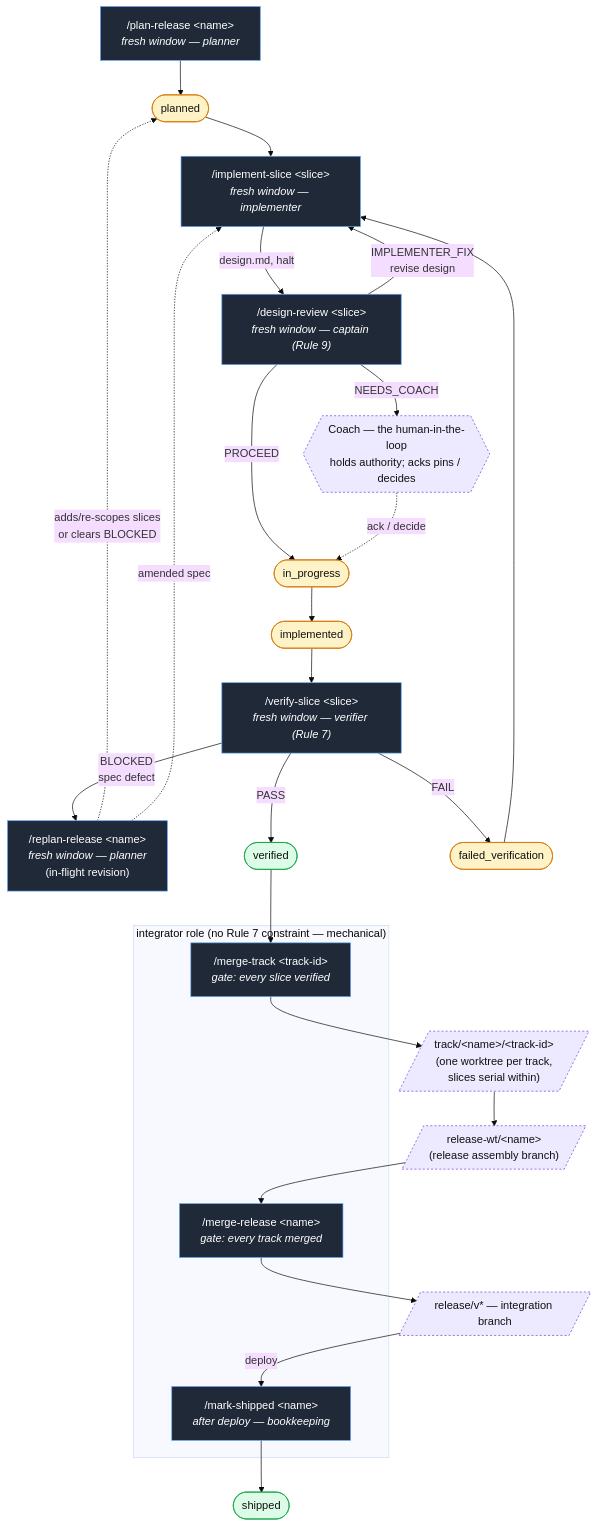
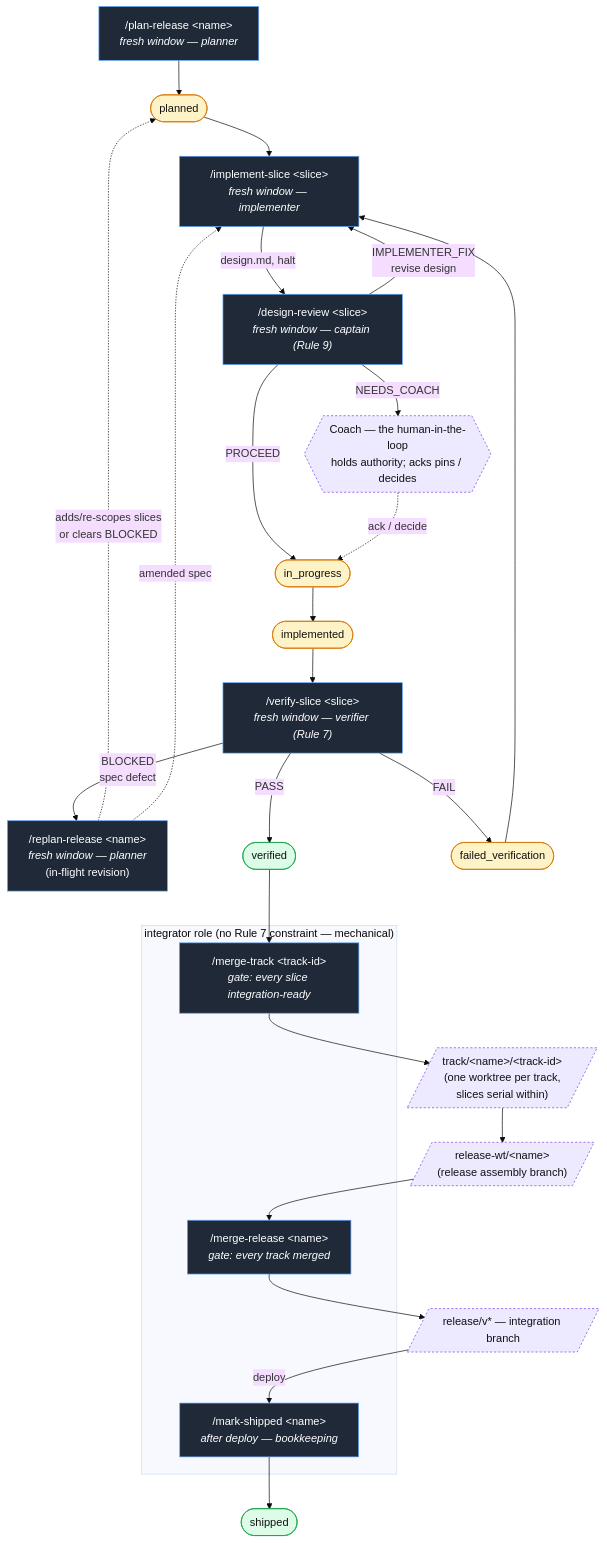
One commit to sawy3r/baton changed the diagram in README.md. Above: the diagram before and after it, drawn with Mermaid (base theme). The commit also changed other lines of this file and 16 other files, not shown here.

````diff
--- a/README.md
+++ b/README.md
@@ -206,51 +206,51 @@
 ```mermaid
 flowchart TD
     classDef cmd fill:#1f2937,stroke:#60a5fa,color:#fff,stroke-width:1px
     classDef state fill:#fef3c7,stroke:#d97706,color:#111
     classDef terminal fill:#dcfce7,stroke:#16a34a,color:#111
     classDef branch fill:#ede9fe,stroke:#7c3aed,color:#111,stroke-dasharray:3 3
 
     plan["/plan-release &lt;name&gt;<br/><i>fresh window — planner</i>"]:::cmd
     replan["/replan-release &lt;name&gt;<br/><i>fresh window — planner</i><br/>(in-flight revision)"]:::cmd
     impl["/implement-slice &lt;slice&gt;<br/><i>fresh window — implementer</i>"]:::cmd
     verify["/verify-slice &lt;slice&gt;<br/><i>fresh window — verifier (Rule 7)</i>"]:::cmd
     dreview["/design-review &lt;slice&gt;<br/><i>fresh window — captain (Rule 9)</i>"]:::cmd
     coach{{"Coach — the human-in-the-loop<br/>holds authority; acks pins / decides"}}:::branch
     subgraph integrator["integrator role (no Rule 7 constraint — mechanical)"]
-        mtrack["/merge-track &lt;track-id&gt;<br/><i>gate: every slice verified</i>"]:::cmd
+        mtrack["/merge-track &lt;track-id&gt;<br/><i>gate: every slice integration-ready</i>"]:::cmd
         mrelease["/merge-release &lt;name&gt;<br/><i>gate: every track merged</i>"]:::cmd
         shipped["/mark-shipped &lt;name&gt;<br/><i>after deploy — bookkeeping</i>"]:::cmd
     end
 
     planned([planned]):::state
     inprog([in_progress]):::state
     implemented([implemented]):::state
     verified([verified]):::terminal
     failed([failed_verification]):::state
     shipState([shipped]):::terminal
 
     trackBranch[/"track/&lt;name&gt;/&lt;track-id&gt;<br/>(one worktree per track,<br/>slices serial within)"/]:::branch
     relWt[/"release-wt/&lt;name&gt;<br/>(release assembly branch)"/]:::branch
     integ[/"release/v* — integration branch"/]:::branch
 
     plan --> planned
     replan -.->|adds/re-scopes slices<br/>or clears BLOCKED| planned
     planned --> impl
     impl -->|design.md, halt| dreview
     dreview -->|PROCEED| inprog
     dreview -->|IMPLEMENTER_FIX<br/>revise design| impl
     dreview -->|NEEDS_COACH| coach
     coach -.->|ack / decide| inprog
     inprog --> implemented
     implemented --> verify
     verify -->|PASS| verified
     verify -->|FAIL| failed --> impl
     verify -->|BLOCKED<br/>spec defect| replan
     replan -.->|amended spec| impl
 
     verified --> mtrack
     mtrack --> trackBranch
     trackBranch --> relWt
     relWt --> mrelease --> integ
     integ -->|deploy| shipped --> shipState
 ```
````
